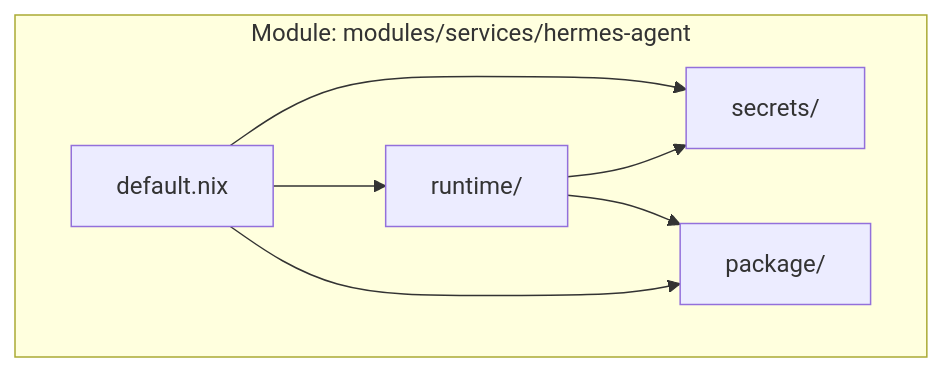
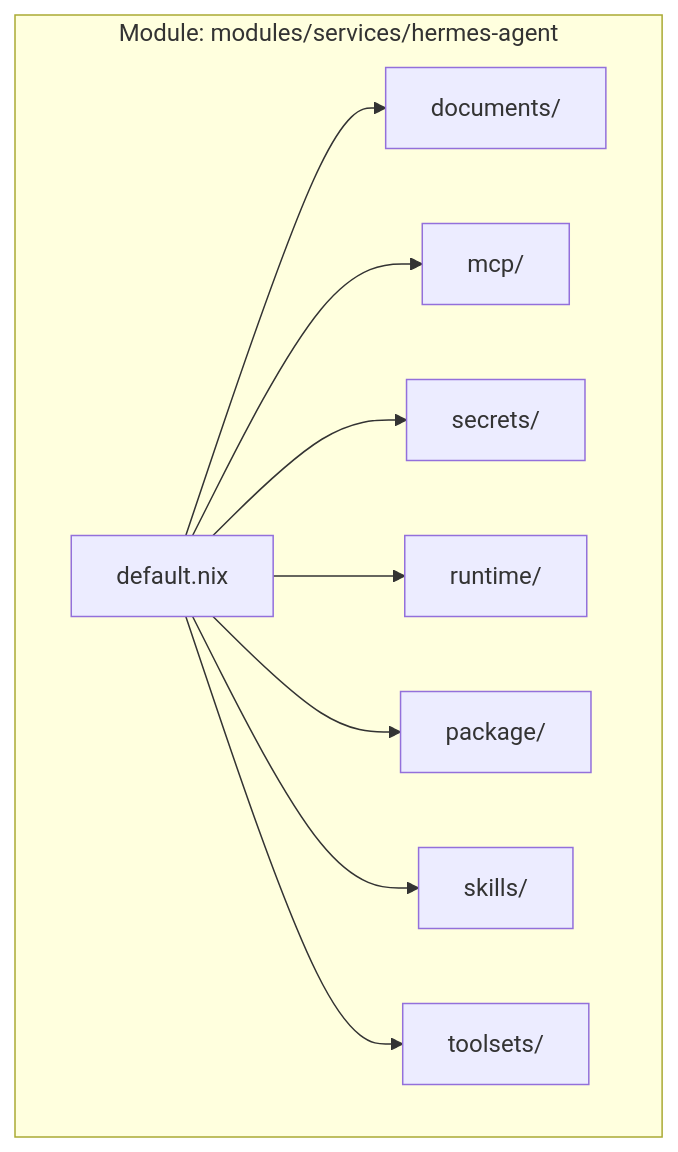
The second of 2 diagrams in docs/Repository-Structure-and-Conventions.md (Cody-W-Tucker/nix-config), drawn with Mermaid before and after one commit. The commit also changed other lines of this file and 32 other files, not shown here.

````diff
--- a/docs/Repository-Structure-and-Conventions.md
+++ b/docs/Repository-Structure-and-Conventions.md
@@ -129,14 +133,20 @@
 ```mermaid
 flowchart TD
     subgraph subGraph0 ["Module: modules/services/hermes-agent"]
         DEF["default.nix"]
+        DOC["documents/"]
+        MCP["mcp/"]
         SEC["secrets/"]
         RUN["runtime/"]
         PKG["package/"]
+        SKL["skills/"]
+        TOOL["toolsets/"]
     end
+    DEF --> DOC
+    DEF --> MCP
     DEF --> SEC
     DEF --> RUN
     DEF --> PKG
-    RUN --> SEC
-    RUN --> PKG
+    DEF --> SKL
+    DEF --> TOOL
 ```
````
